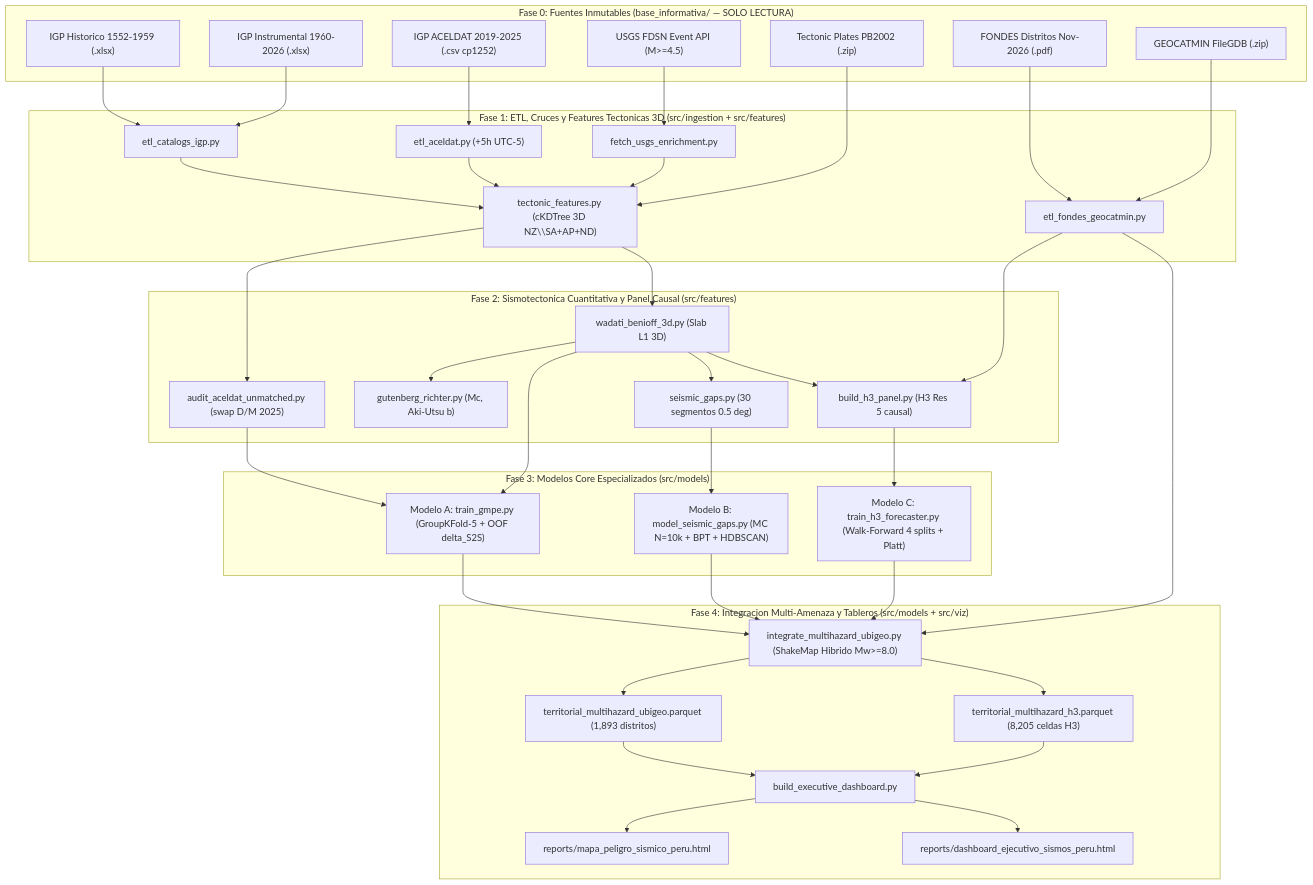
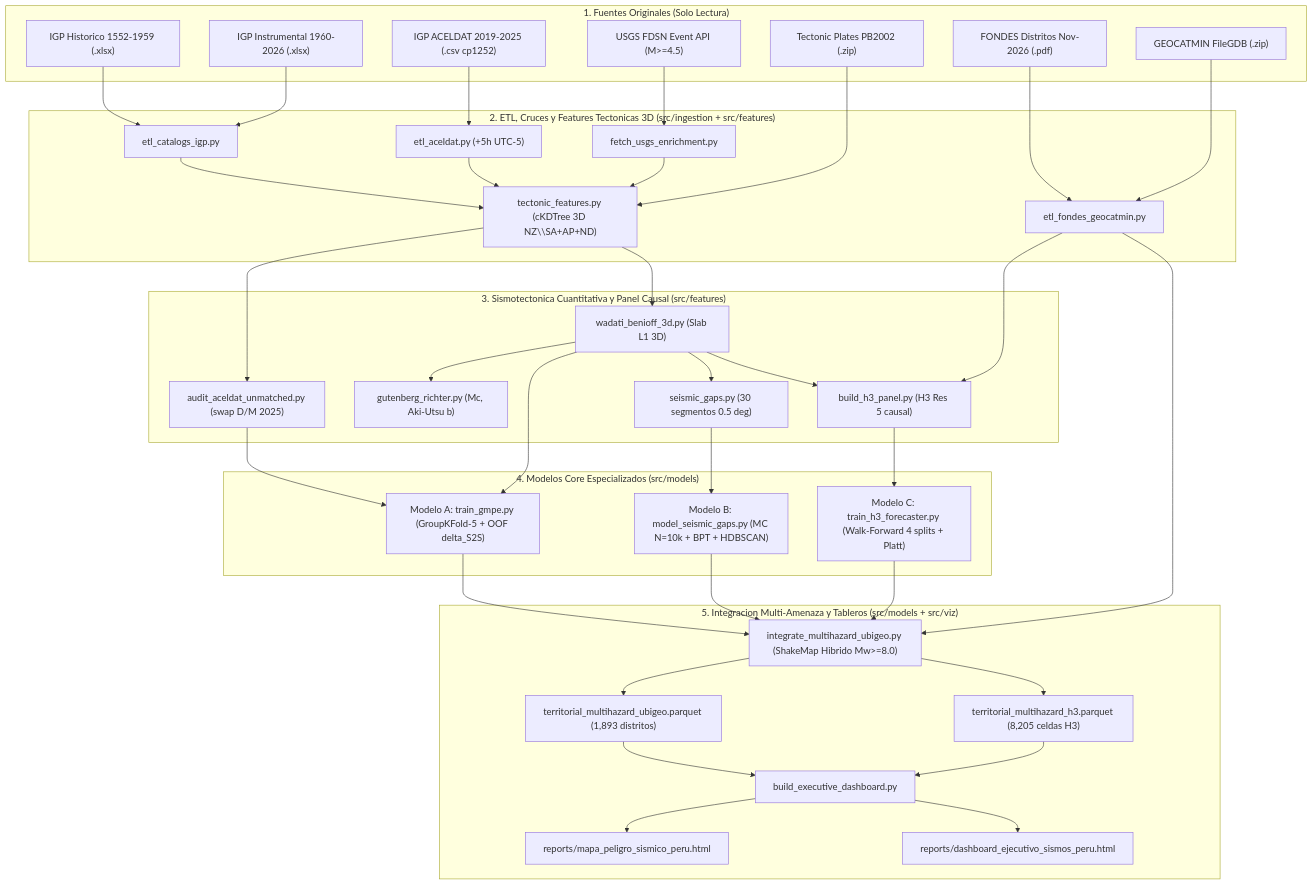
The diagram in docs/ARCHITECTURE.md (juanchocce/peru-sismos-simulator), drawn with Mermaid before and after one commit. The commit also changed other lines of this file and 5 other files, not shown here.

````diff
--- a/docs/ARCHITECTURE.md
+++ b/docs/ARCHITECTURE.md
@@ -9,57 +9,57 @@
 ```mermaid
 flowchart TD
-    subgraph F0["Fase 0: Fuentes Inmutables (base_informativa/ — SOLO LECTURA)"]
+    subgraph F0["1. Fuentes Originales (Solo Lectura)"]
         IGP_H["IGP Historico 1552-1959 (.xlsx)"]
         IGP_I["IGP Instrumental 1960-2026 (.xlsx)"]
         ACEL["IGP ACELDAT 2019-2025 (.csv cp1252)"]
         FONDES["FONDES Distritos Nov-2026 (.pdf)"]
         GEO_Z["GEOCATMIN FileGDB (.zip)"]
         PB_Z["Tectonic Plates PB2002 (.zip)"]
         USGS_API["USGS FDSN Event API (M>=4.5)"]
     end
 
-    subgraph F1["Fase 1: ETL, Cruces y Features Tectonicas 3D (src/ingestion + src/features)"]
+    subgraph F1["2. ETL, Cruces y Features Tectonicas 3D (src/ingestion + src/features)"]
         ETL_IGP["etl_catalogs_igp.py"]
         ETL_AC["etl_aceldat.py (+5h UTC-5)"]
         ETL_USGS["fetch_usgs_enrichment.py"]
         ETL_FG["etl_fondes_geocatmin.py"]
         TECT["tectonic_features.py (cKDTree 3D NZ\\SA+AP+ND)"]
     end
 
-    subgraph F2["Fase 2: Sismotectonica Cuantitativa y Panel Causal (src/features)"]
+    subgraph F2["3. Sismotectonica Cuantitativa y Panel Causal (src/features)"]
         AUD_AC["audit_aceldat_unmatched.py (swap D/M 2025)"]
         GR["gutenberg_richter.py (Mc, Aki-Utsu b)"]
         WB["wadati_benioff_3d.py (Slab L1 3D)"]
         GAPS["seismic_gaps.py (30 segmentos 0.5 deg)"]
         H3P["build_h3_panel.py (H3 Res 5 causal)"]
     end
 
-    subgraph F3["Fase 3: Modelos Core Especializados (src/models)"]
+    subgraph F3["4. Modelos Core Especializados (src/models)"]
         MOD_A["Modelo A: train_gmpe.py (GroupKFold-5 + OOF delta_S2S)"]
         MOD_B["Modelo B: model_seismic_gaps.py (MC N=10k + BPT + HDBSCAN)"]
         MOD_C["Modelo C: train_h3_forecaster.py (Walk-Forward 4 splits + Platt)"]
     end
 
-    subgraph F4["Fase 4: Integracion Multi-Amenaza y Tableros (src/models + src/viz)"]
+    subgraph F4["5. Integracion Multi-Amenaza y Tableros (src/models + src/viz)"]
         INT["integrate_multihazard_ubigeo.py (ShakeMap Hibrido Mw>=8.0)"]
         VIZ["build_executive_dashboard.py"]
         OUT_U["territorial_multihazard_ubigeo.parquet (1,893 distritos)"]
         OUT_H3["territorial_multihazard_h3.parquet (8,205 celdas H3)"]
         MAP["reports/mapa_peligro_sismico_peru.html"]
         DASH["reports/dashboard_ejecutivo_sismos_peru.html"]
     end
 
     IGP_H & IGP_I --> ETL_IGP --> TECT
     ACEL --> ETL_AC --> TECT --> AUD_AC
     USGS_API --> ETL_USGS --> TECT
     FONDES & GEO_Z --> ETL_FG
     PB_Z --> TECT
 
     TECT --> WB --> GR
     WB --> GAPS --> MOD_B
     WB & ETL_FG --> H3P --> MOD_C
     AUD_AC & WB --> MOD_A
 
     MOD_A & MOD_B & MOD_C & ETL_FG --> INT
     INT --> OUT_U & OUT_H3 --> VIZ --> MAP & DASH
 ```
````
